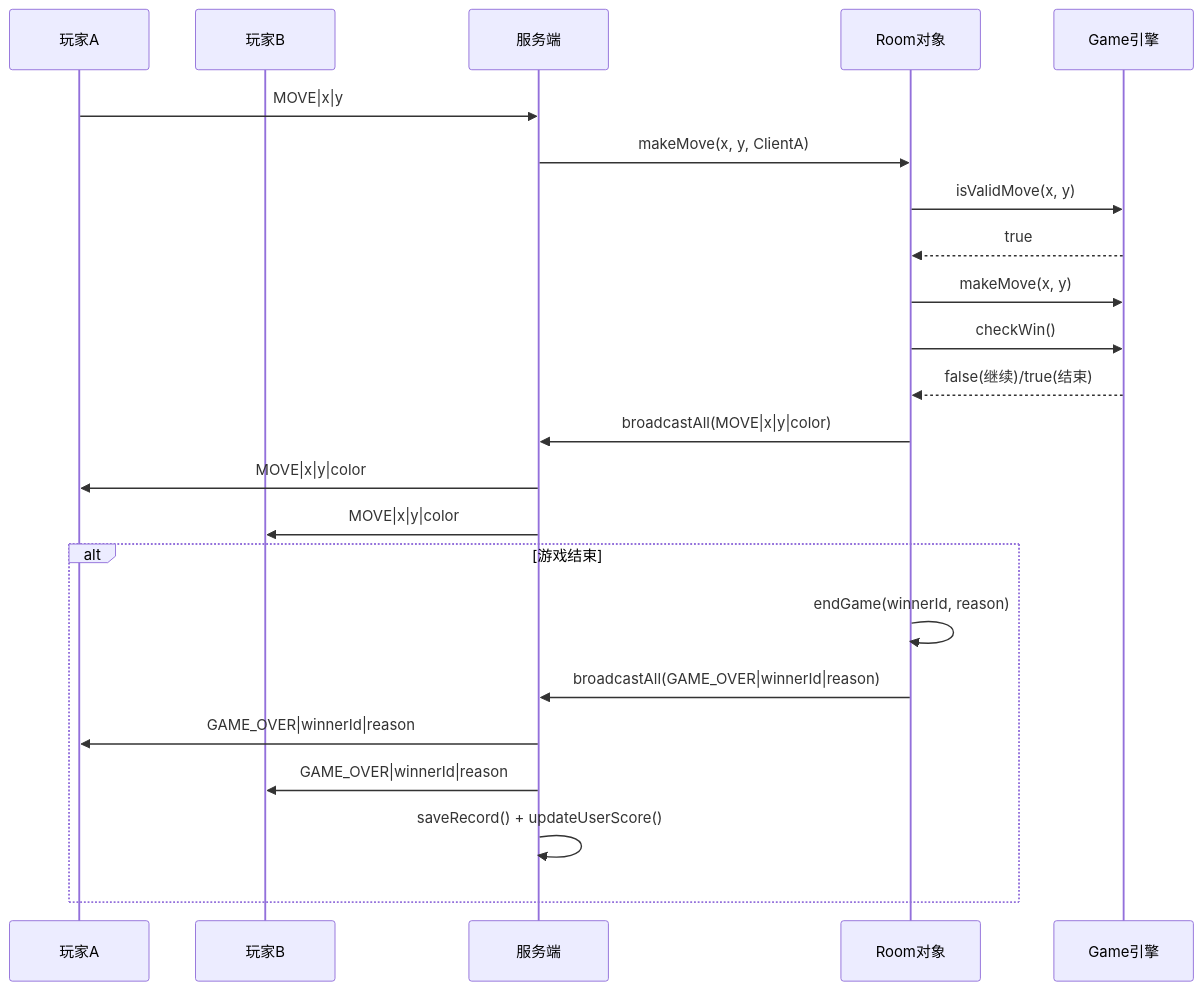
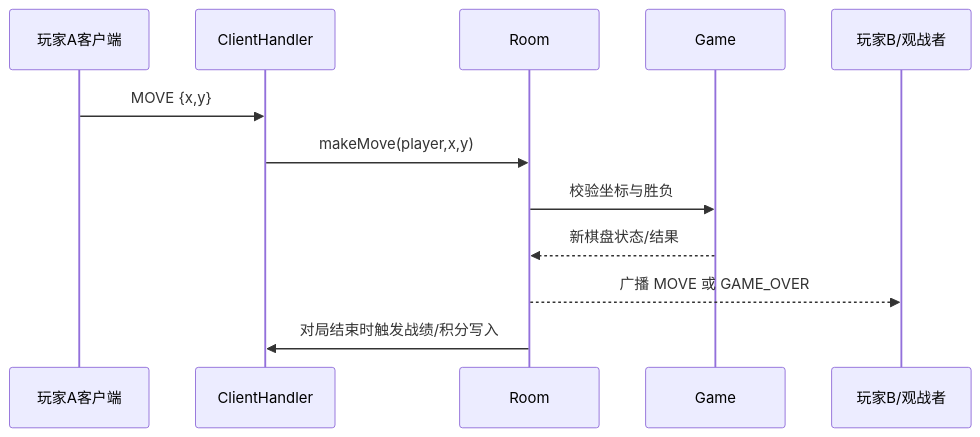
The third of 3 diagrams in docs/TECHNICAL_ARCHITECTURE.md (yznn007/Gomatch), drawn with Mermaid before and after one commit. The commit also changed other lines of this file and 28 other files, not shown here.

````diff
--- a/docs/TECHNICAL_ARCHITECTURE.md
+++ b/docs/TECHNICAL_ARCHITECTURE.md
@@ -393,27 +115,15 @@
 ```mermaid
 sequenceDiagram
-    participant ClientA as 玩家A
-    participant ClientB as 玩家B
-    participant Server as 服务端
-    participant Room as Room对象
-    participant Game as Game引擎
+    participant A as 玩家A客户端
+    participant H as ClientHandler
+    participant R as Room
+    participant G as Game
+    participant B as 玩家B/观战者
 
-    ClientA->>Server: MOVE|x|y
-    Server->>Room: makeMove(x, y, ClientA)
-    Room->>Game: isValidMove(x, y)
-    Game-->>Room: true
-    Room->>Game: makeMove(x, y)
-    Room->>Game: checkWin()
-    Game-->>Room: false(继续)/true(结束)
-    Room->>Server: broadcastAll(MOVE|x|y|color)
-    Server->>ClientA: MOVE|x|y|color
-    Server->>ClientB: MOVE|x|y|color
-    
-    alt 游戏结束
-        Room->>Room: endGame(winnerId, reason)
-        Room->>Server: broadcastAll(GAME_OVER|winnerId|reason)
-        Server->>ClientA: GAME_OVER|winnerId|reason
-        Server->>ClientB: GAME_OVER|winnerId|reason
-        Server->>Server: saveRecord() + updateUserScore()
-    end
+    A->>H: MOVE {x,y}
+    H->>R: makeMove(player,x,y)
+    R->>G: 校验坐标与胜负
+    G-->>R: 新棋盘状态/结果
+    R-->>B: 广播 MOVE 或 GAME_OVER
+    R->>H: 对局结束时触发战绩/积分写入
 ```
````
